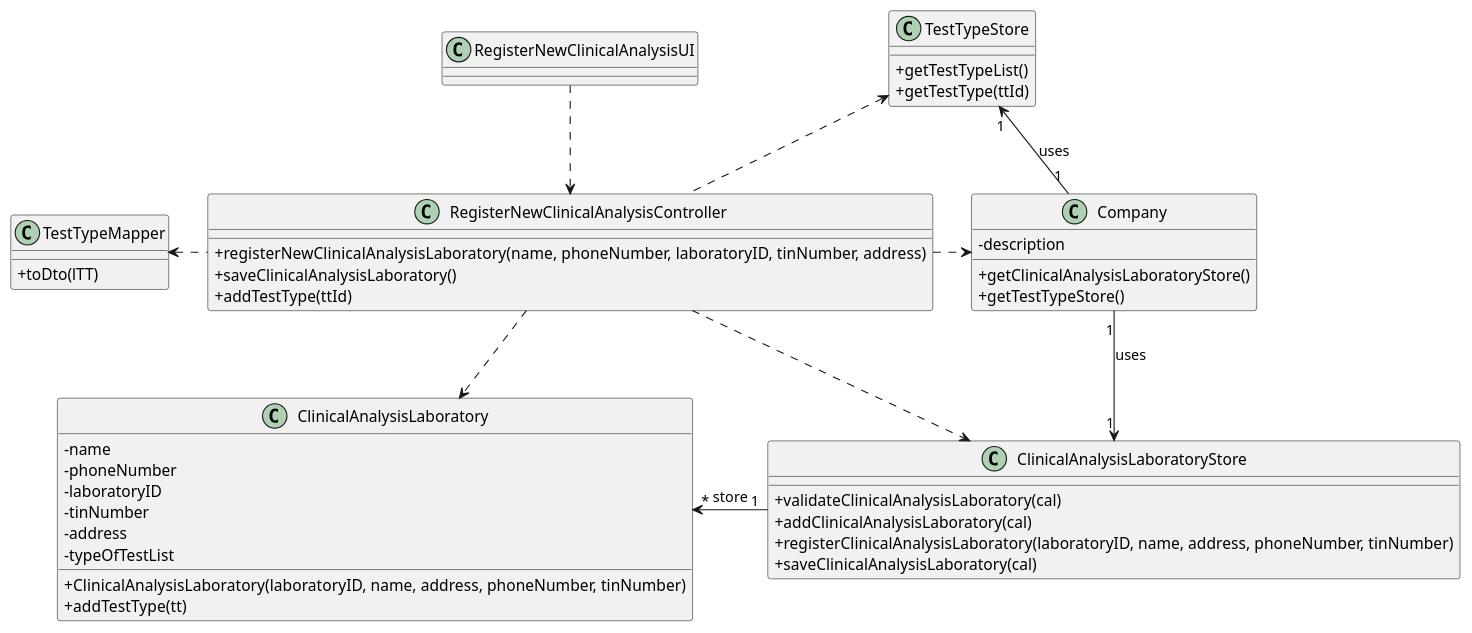
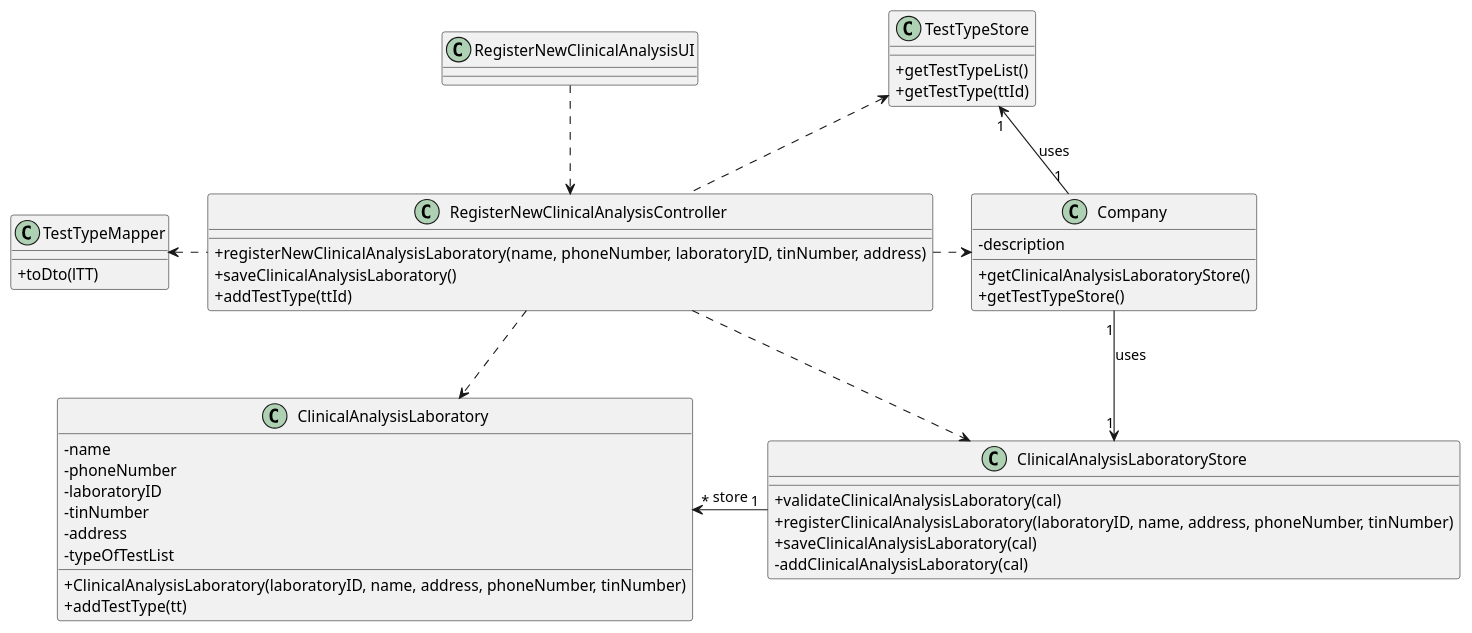
One commit to GuilhermeCunha79/lapr2 changed the diagram in docs/SprintC/US8/US8_CD.puml. Above: the diagram before and after it, drawn with PlantUML. The commit also changed 11 other files, not shown here.

Commit message:
[US-8] Great Improvements to the US-8 documentation diagrams, code and unit tests [Implementation] Added new class TestTypeMapper

```diff
--- a/docs/SprintC/US8/US8_CD.puml
+++ b/docs/SprintC/US8/US8_CD.puml
@@ -1,56 +1,56 @@
 @startuml
 skinparam classAttributeIconSize 0
 
 class RegisterNewClinicalAnalysisUI{
 }
 
 class RegisterNewClinicalAnalysisController
 {
     +registerNewClinicalAnalysisLaboratory(name, phoneNumber, laboratoryID, tinNumber, address)
     +saveClinicalAnalysisLaboratory()
     +addTestType(ttId)
 }
 
 class ClinicalAnalysisLaboratory{
     -name
     -phoneNumber
     -laboratoryID
     -tinNumber
     -address
     -typeOfTestList
     +ClinicalAnalysisLaboratory(laboratoryID, name, address, phoneNumber, tinNumber)
     +addTestType(tt)
 }
 
 class Company{
 	-description
 	+getClinicalAnalysisLaboratoryStore()
 	+getTestTypeStore()
 }
 
 class ClinicalAnalysisLaboratoryStore{
     + validateClinicalAnalysisLaboratory(cal)
-    + addClinicalAnalysisLaboratory(cal)
     + registerClinicalAnalysisLaboratory(laboratoryID, name, address, phoneNumber, tinNumber)
     + saveClinicalAnalysisLaboratory(cal)
+    - addClinicalAnalysisLaboratory(cal)
 }
 
 class TestTypeStore{
     +getTestTypeList()
     +getTestType(ttId)
 }
 
 class TestTypeMapper {
     +toDto(lTT)
 }
 
 RegisterNewClinicalAnalysisUI ..> RegisterNewClinicalAnalysisController
 RegisterNewClinicalAnalysisController .right.> Company
 Company"1" -up-> "1"TestTypeStore : uses
 Company"1" --> "1"ClinicalAnalysisLaboratoryStore : uses
 ClinicalAnalysisLaboratoryStore"1" -left-> "*"ClinicalAnalysisLaboratory : store
 RegisterNewClinicalAnalysisController .left.> TestTypeMapper
 RegisterNewClinicalAnalysisController ..> ClinicalAnalysisLaboratory
 RegisterNewClinicalAnalysisController ..> ClinicalAnalysisLaboratoryStore
 RegisterNewClinicalAnalysisController .up.> TestTypeStore
 @enduml
```
